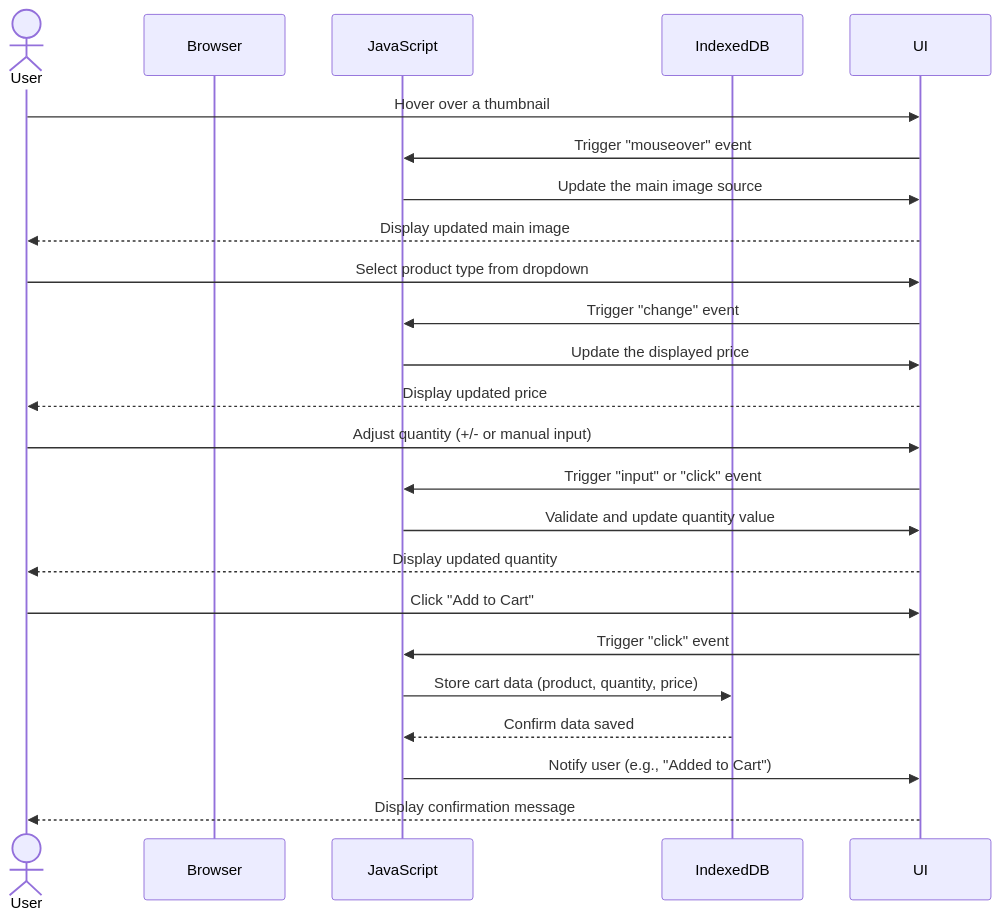
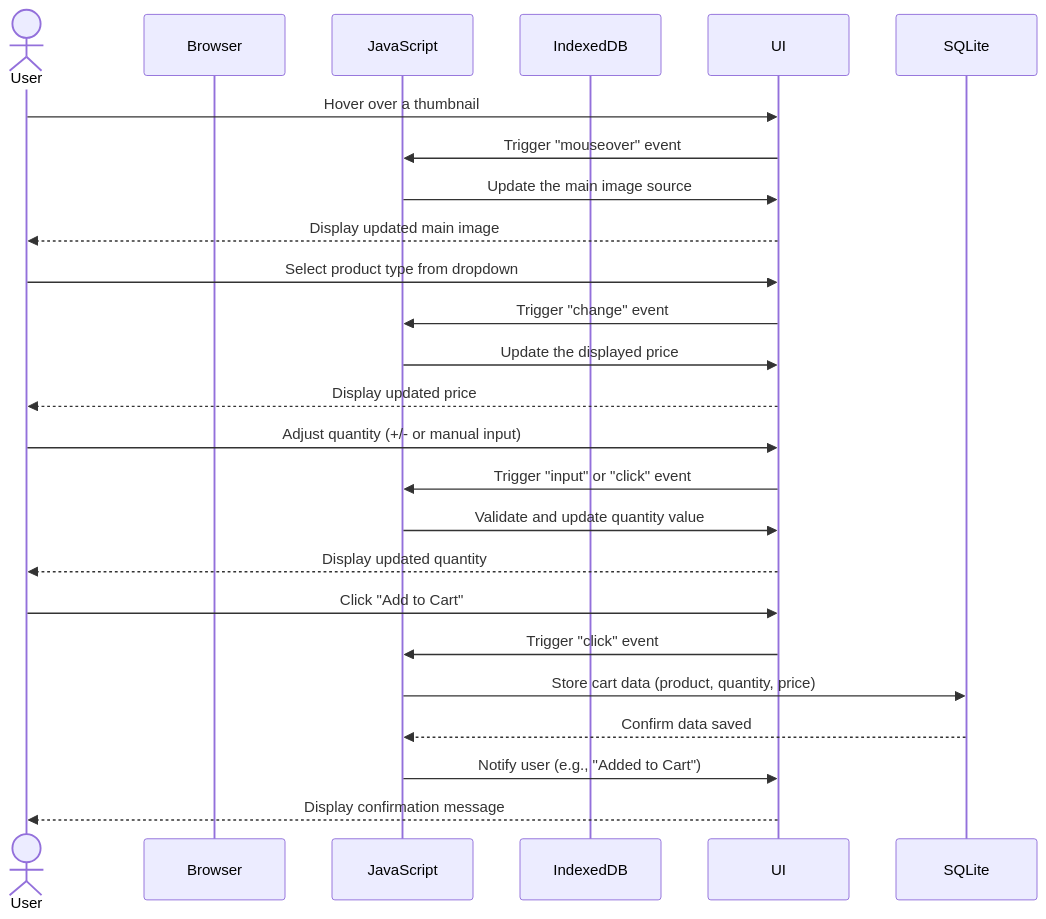
The diagram in team/m3/benson-zheng/feature-sequence-diagram.md (batterydied/Aquatica), drawn with Mermaid before and after one commit.

````diff
--- a/team/m3/benson-zheng/feature-sequence-diagram.md
+++ b/team/m3/benson-zheng/feature-sequence-diagram.md
@@ -1,31 +1,31 @@
 ```mermaid
 sequenceDiagram
 actor User
 participant Browser
 participant JavaScript
 participant IndexedDB
 participant UI
 
 User->>UI: Hover over a thumbnail
 UI->>JavaScript: Trigger "mouseover" event
 JavaScript->>UI: Update the main image source
 UI-->>User: Display updated main image
 
 User->>UI: Select product type from dropdown
 UI->>JavaScript: Trigger "change" event
 JavaScript->>UI: Update the displayed price
 UI-->>User: Display updated price
 
 User->>UI: Adjust quantity (+/- or manual input)
 UI->>JavaScript: Trigger "input" or "click" event
 JavaScript->>UI: Validate and update quantity value
 UI-->>User: Display updated quantity
 
 User->>UI: Click "Add to Cart"
 UI->>JavaScript: Trigger "click" event
-JavaScript->>IndexedDB: Store cart data (product, quantity, price)
-IndexedDB-->>JavaScript: Confirm data saved
+JavaScript->>SQLite: Store cart data (product, quantity, price)
+SQLite-->>JavaScript: Confirm data saved
 JavaScript->>UI: Notify user (e.g., "Added to Cart")
 UI-->>User: Display confirmation message
 
 ```
````
